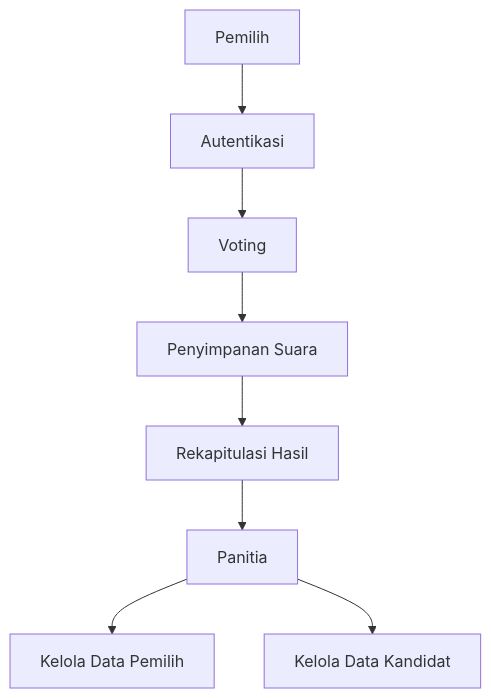
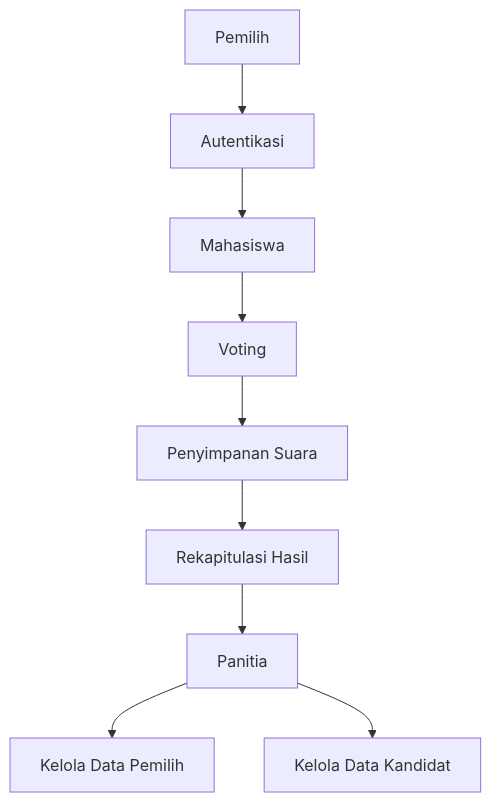
One commit to MochJuang/e-voting-bila changed the eighth of 15 diagrams in BAB2_Tinjauan_Pustaka.md. Above: the diagram before and after it, drawn with Mermaid. The commit also changed 7 other files, not shown here.

````diff
--- a/BAB2_Tinjauan_Pustaka.md
+++ b/BAB2_Tinjauan_Pustaka.md
@@ -156,10 +156,11 @@
 ```mermaid
 flowchart TD
     A["Panitia"] --> B["Kelola Data Pemilih"]
     A --> C["Kelola Data Kandidat"]
     D["Pemilih"] --> E["Autentikasi"]
-    E --> F["Voting"]
+    E --> I["Mahasiswa"]
+    I --> F["Voting"]
     F --> G["Penyimpanan Suara"]
     G --> H["Rekapitulasi Hasil"]
     H --> A
 ```
````
